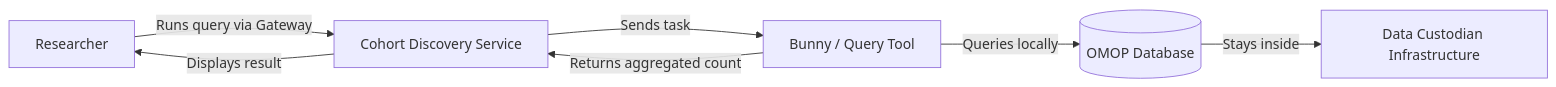
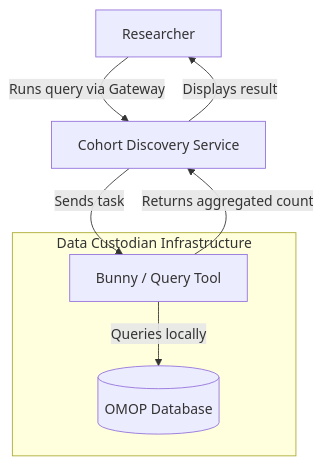
The diagram in docs/index.md (HDRUK/cohort-discovery-service-docs), drawn with Mermaid before and after one commit. The commit also changed other lines of this file and 4 other files, not shown here.

````diff
--- a/docs/index.md
+++ b/docs/index.md
@@ -79,9 +79,13 @@
 ```mermaid
-graph LR
+graph TD
     R[Researcher] -->|Runs query via Gateway| CDS[Cohort Discovery Service]
     CDS -->|Sends task| B[Bunny / Query Tool]
     B -->|Queries locally| OMOP[(OMOP Database)]
     B -->|Returns aggregated count| CDS
     CDS -->|Displays result| R
-    OMOP -->|Stays inside| DC[Data Custodian Infrastructure]
+
+    subgraph DC[Data Custodian Infrastructure]
+        B
+        OMOP
+    end
 ```
````
